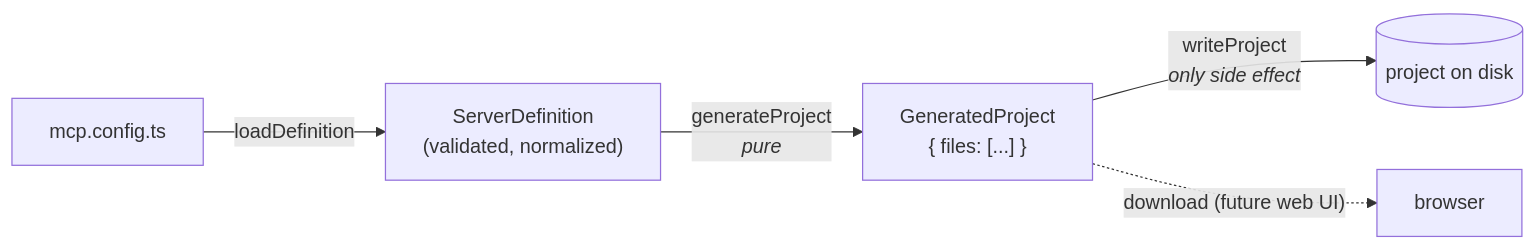
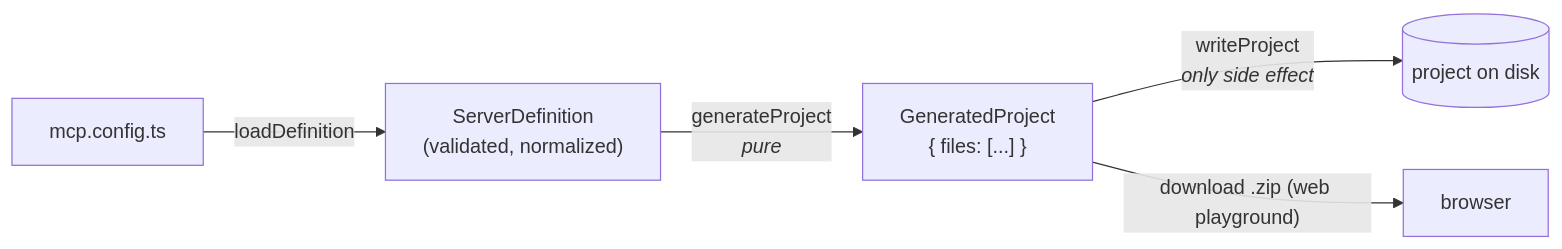
Before and after one commit to hillzeealex/mcp-builder: the second of 2 diagrams in README.md, drawn with Mermaid. The commit also changed other lines of this file, not shown here.

Commit message:
docs: document the web playground and tick the roadmap

````diff
--- a/README.md
+++ b/README.md
@@ -217,7 +217,7 @@
 ```mermaid
 flowchart LR
   cfg["mcp.config.ts"] -->|loadDefinition| def["ServerDefinition<br/>(validated, normalized)"]
   def -->|generateProject<br/><i>pure</i>| files["GeneratedProject<br/>{ files: [...] }"]
   files -->|writeProject<br/><i>only side effect</i>| disk[("project on disk")]
-  files -.->|"download (future web UI)"| browser["browser"]
+  files -->|"download .zip (web playground)"| browser["browser"]
 ```
````
